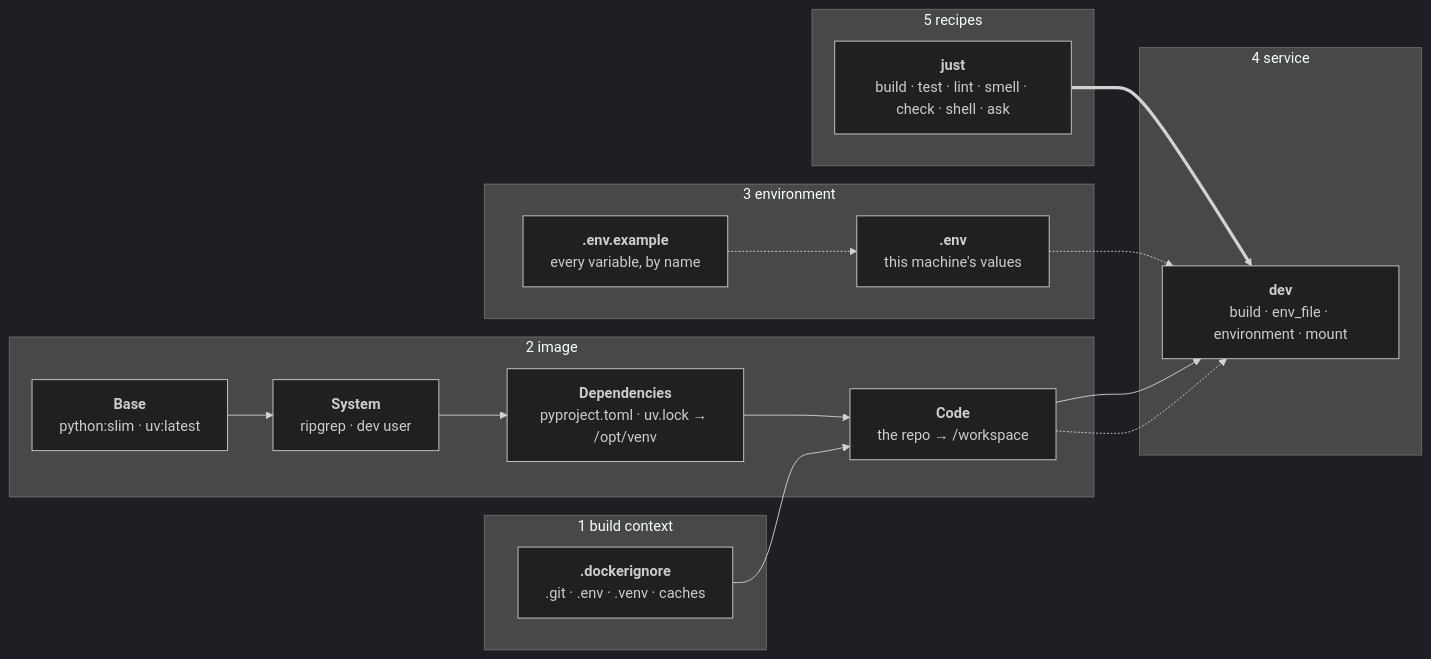
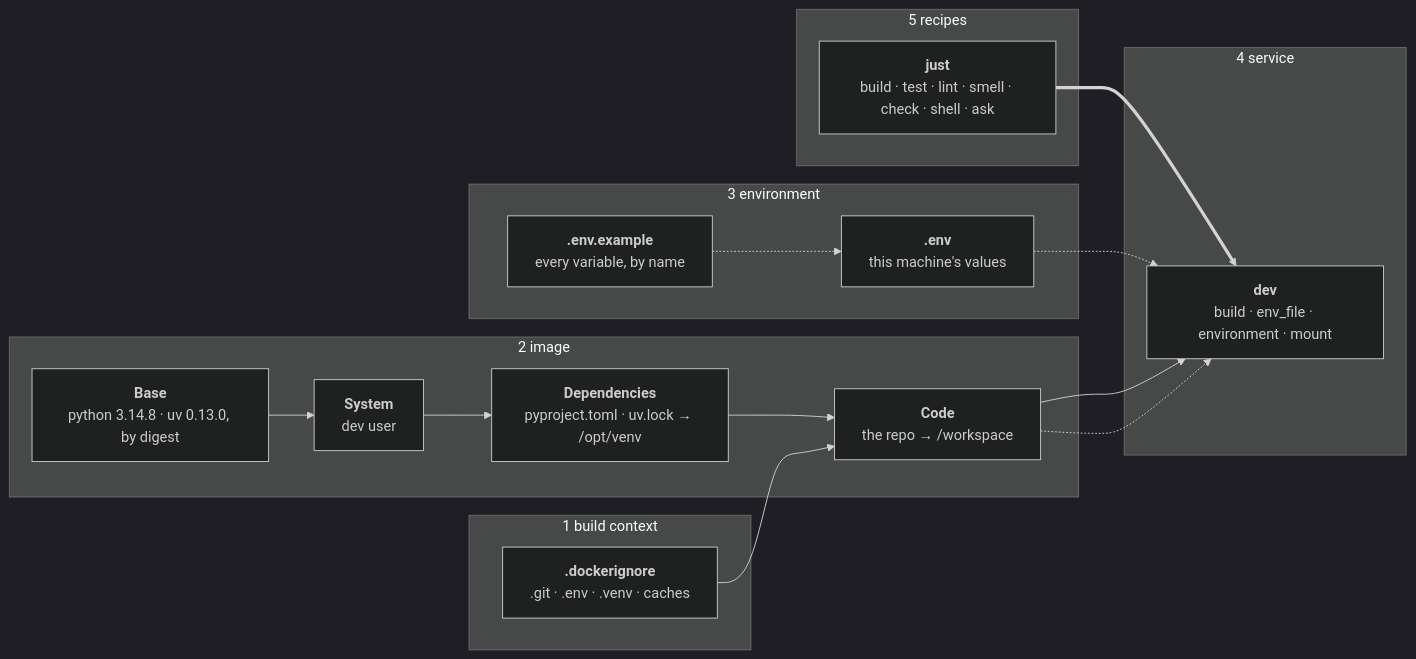
One commit to kylejtobin/tca changed the diagram in .agents/skills/docker-infra-tca/SKILL.md. Above: the diagram before and after it, drawn with Mermaid (dark theme). The commit also changed other lines of this file and 158 other files, not shown here.

````diff
--- a/.agents/skills/docker-infra-tca/SKILL.md
+++ b/.agents/skills/docker-infra-tca/SKILL.md
@@ -34,32 +34,32 @@
 ```mermaid
 flowchart LR
     subgraph g1["1 build context"]
         Ignored["<b>.dockerignore</b><br/>.git · .env · .venv · caches"]
     end
 
     subgraph g2["2 image"]
-        Base["<b>Base</b><br/>python:slim · uv:latest"]
-        System["<b>System</b><br/>ripgrep · dev user"]
+        Base["<b>Base</b><br/>python 3.14.8 · uv 0.13.0, by digest"]
+        System["<b>System</b><br/>dev user"]
         Dependencies["<b>Dependencies</b><br/>pyproject.toml · uv.lock → /opt/venv"]
         Code["<b>Code</b><br/>the repo → /workspace"]
     end
 
     subgraph g3["3 environment"]
         Example["<b>.env.example</b><br/>every variable, by name"]
         Env["<b>.env</b><br/>this machine's values"]
     end
 
     subgraph g4["4 service"]
         Dev["<b>dev</b><br/>build · env_file · environment · mount"]
     end
 
     subgraph g5["5 recipes"]
         Recipes["<b>just</b><br/>build · test · lint · smell · check · shell · ask"]
     end
 
     Ignored --> Code
     Base --> System --> Dependencies --> Code --> Dev
     Example -.-> Env -.-> Dev
     Code -.-> Dev
     Recipes ==> Dev
 ```
````
